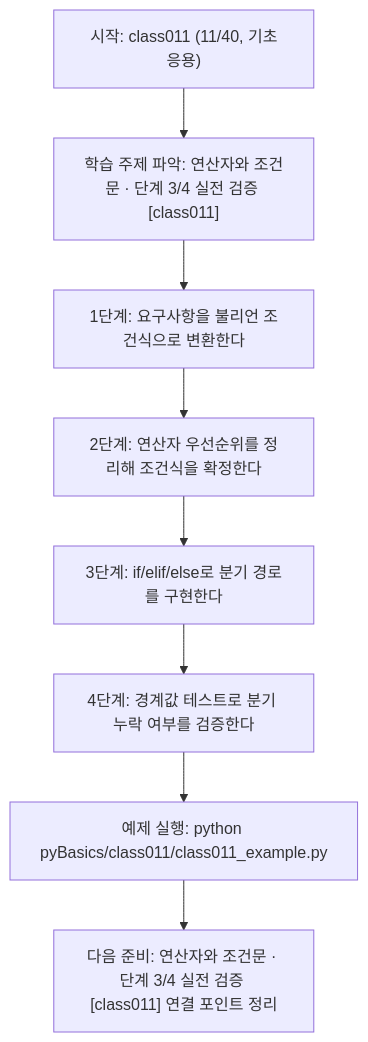
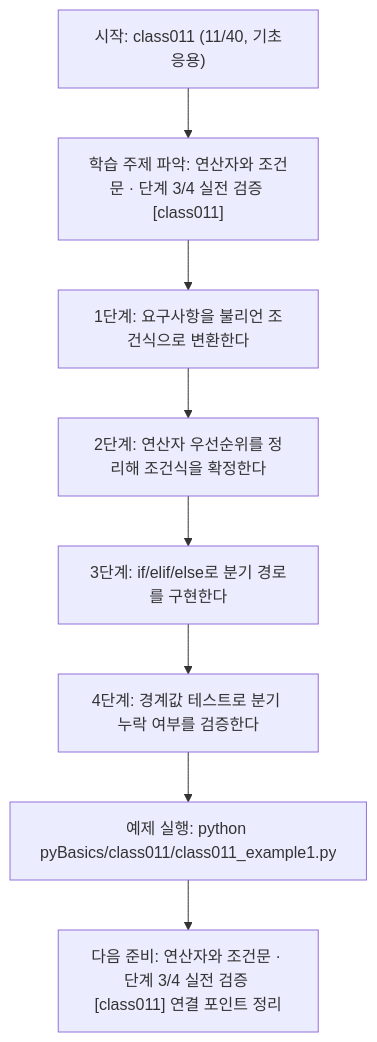
The diagram in pyBasics/class011/class011.md (edumgt/Python-AI_Agent-Class), drawn with Mermaid before and after one commit. The commit also changed other lines of this file and 2959 other files, not shown here.

````diff
--- a/pyBasics/class011/class011.md
+++ b/pyBasics/class011/class011.md
@@ -109,18 +109,18 @@
 ```mermaid
 flowchart TD
 N1["시작: class011 (11/40, 기초응용)"]
 N2["학습 주제 파악: 연산자와 조건문 · 단계 3/4 실전 검증 [class011]"]
 N3["1단계: 요구사항을 불리언 조건식으로 변환한다"]
 N4["2단계: 연산자 우선순위를 정리해 조건식을 확정한다"]
 N5["3단계: if/elif/else로 분기 경로를 구현한다"]
 N6["4단계: 경계값 테스트로 분기 누락 여부를 검증한다"]
-N7["예제 실행: python pyBasics/class011/class011_example.py"]
+N7["예제 실행: python pyBasics/class011/class011_example1.py"]
 N8["다음 준비: 연산자와 조건문 · 단계 3/4 실전 검증 [class011] 연결 포인트 정리"]
 N1 --> N2
 N2 --> N3
 N3 --> N4
 N4 --> N5
 N5 --> N6
 N6 --> N7
 N7 --> N8
 ```
````
